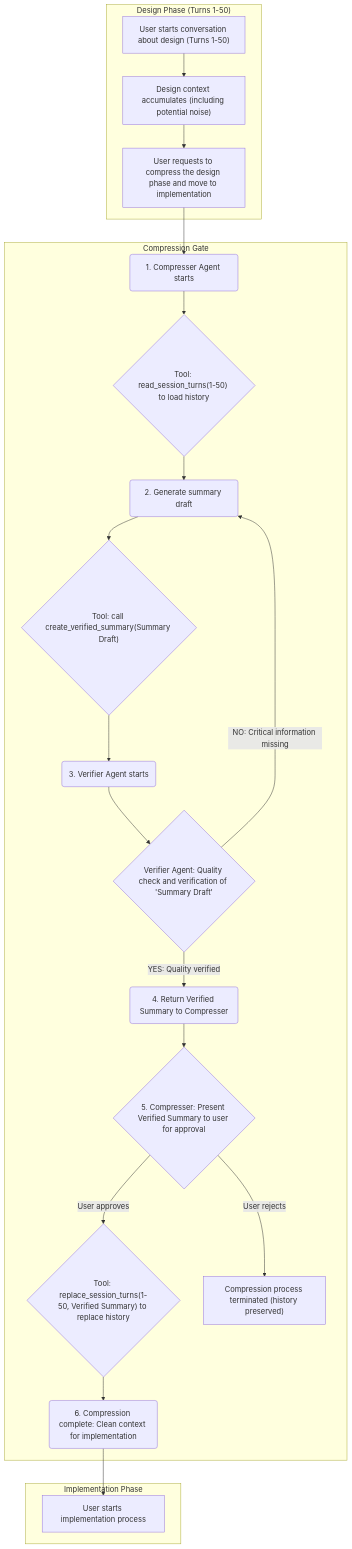
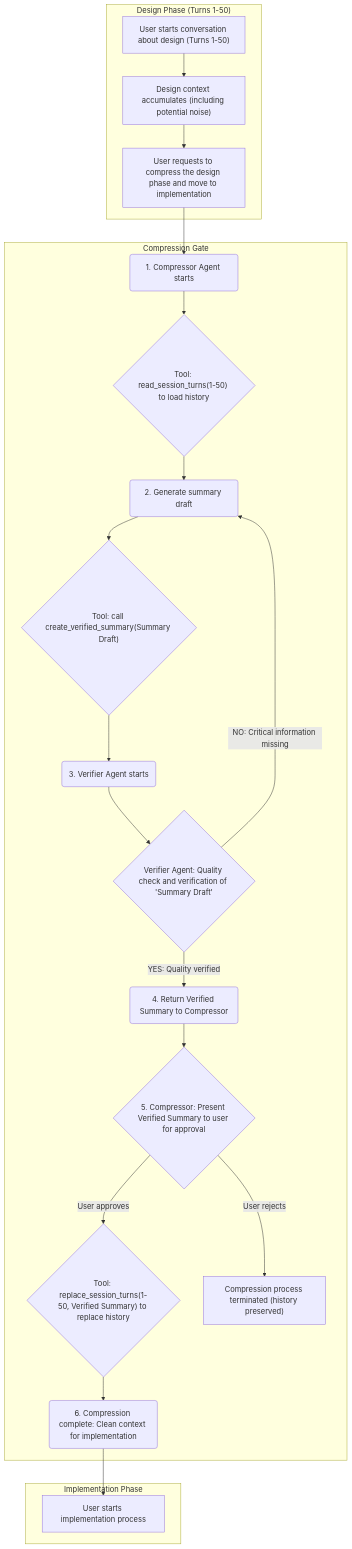
Before and after one commit to s-age/pipe: the diagram in README.md, drawn with Mermaid. The commit also changed other lines of this file and 41 other files, not shown here.

````diff
--- a/README.md
+++ b/README.md
@@ -197,26 +197,26 @@
 ```mermaid
 graph TD
     subgraph "Design Phase (Turns 1-50)"
         A["User starts conversation about design (Turns 1-50)"] --> B["Design context accumulates (including potential noise)"];
         B --> C["User requests to compress the design phase and move to implementation"];
     end
 
     subgraph "Compression Gate"
-        C --> D("1. Compresser Agent starts");
+        C --> D("1. Compressor Agent starts");
         D --> E{"Tool: read_session_turns(1-50) to load history"};
         E --> F("2. Generate summary draft");
         F --> G{"Tool: call create_verified_summary(Summary Draft)"};
         G --> H("3. Verifier Agent starts");
         H --> I{"Verifier Agent: Quality check and verification of 'Summary Draft'"};
         I -- "NO: Critical information missing" --> F;
-        I -- "YES: Quality verified" --> J("4. Return Verified Summary to Compresser");
-        J --> K{"5. Compresser: Present Verified Summary to user for approval"};
+        I -- "YES: Quality verified" --> J("4. Return Verified Summary to Compressor");
+        J --> K{"5. Compressor: Present Verified Summary to user for approval"};
         K -- "User approves" --> L{"Tool: replace_session_turns(1-50, Verified Summary) to replace history"};
         K -- "User rejects" --> M["Compression process terminated (history preserved)"];
         L --> N("6. Compression complete: Clean context for implementation");
     end
 
     subgraph "Implementation Phase"
         N --> O["User starts implementation process"];
     end
 ```
````
